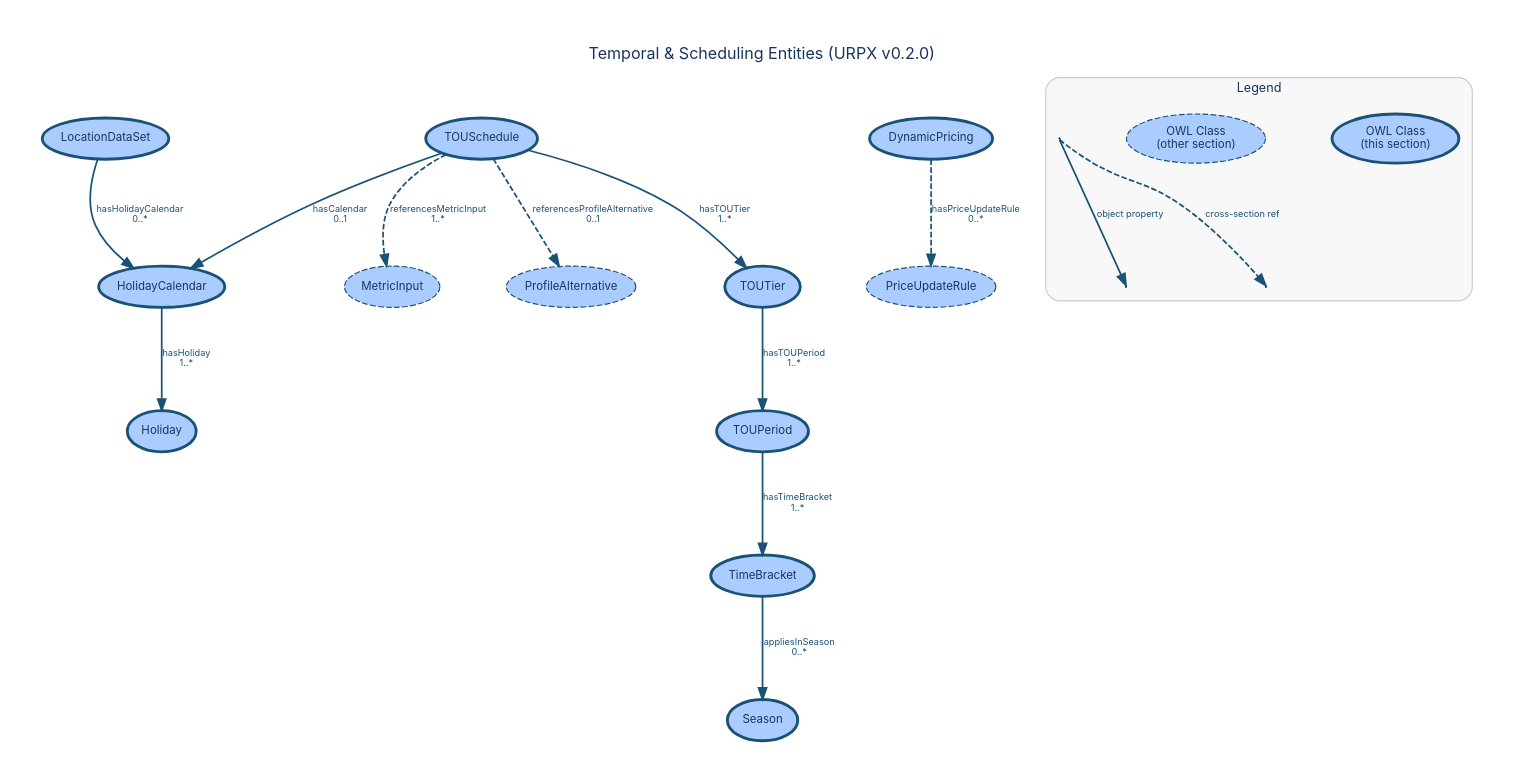
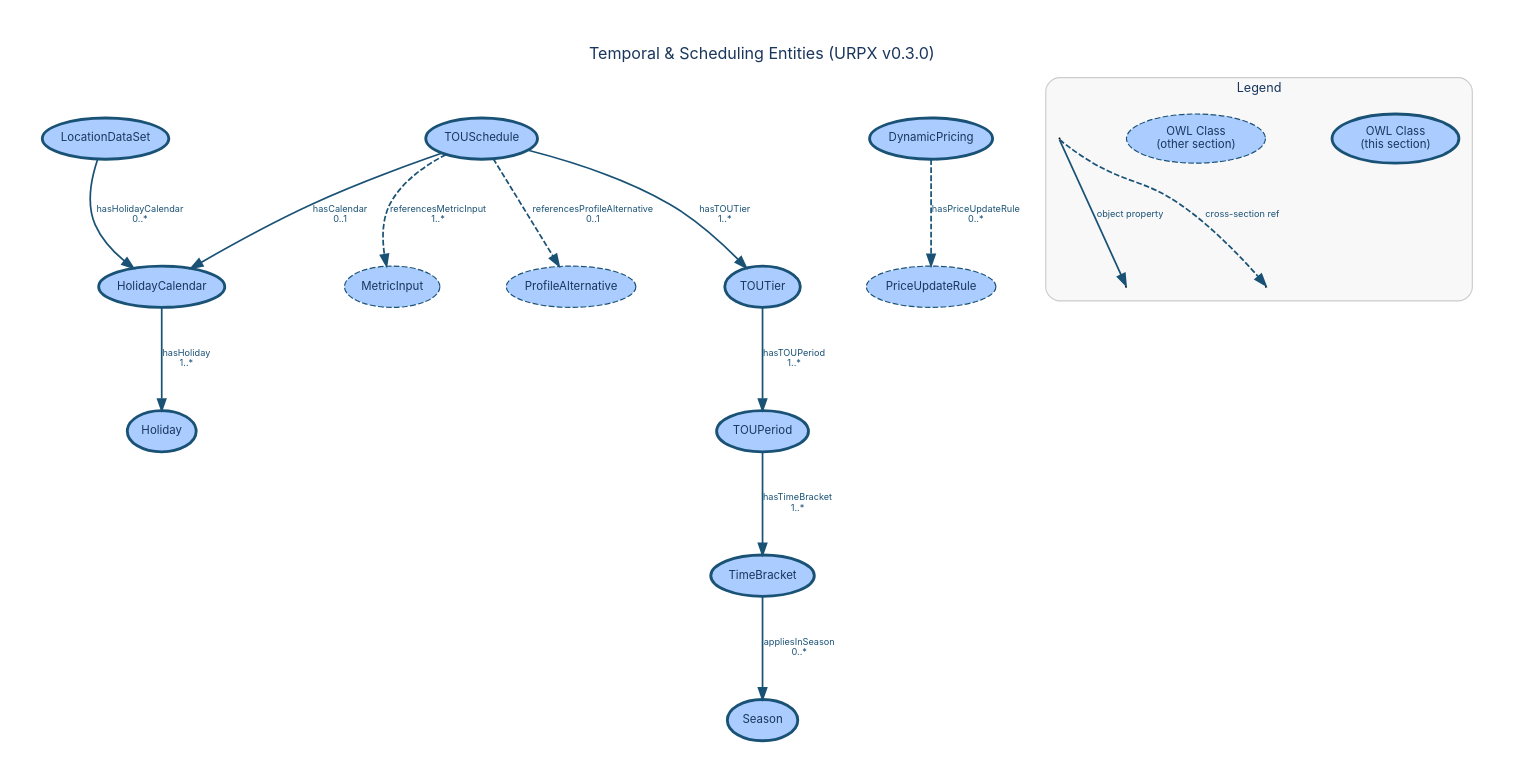
Before and after one commit to urpx-org/urpx: the diagram in documentation/diagrams/dictionary/temporal-scheduling-entities.dot, drawn with Graphviz. The commit also changed 52 other files, not shown here.

First line of the commit message:
Reword ambiguous bare "rate" in ontology annotations to "rate plan," "price," or "cost", Regenerate data dictionary and diagrams for v0.3.0; add v0.3.0 release notes draft

```diff
--- a/documentation/diagrams/dictionary/temporal-scheduling-entities.dot
+++ b/documentation/diagrams/dictionary/temporal-scheduling-entities.dot
@@ -1,118 +1,118 @@
 digraph "Temporal & Scheduling Entities" {
     rankdir=TB;
     bgcolor="white";
     pad=0.4;
     nodesep=0.8;
     ranksep=1.0;
     start=42;
     fontname="Inter, Helvetica, Arial, sans-serif";
-    label="Temporal & Scheduling Entities (URPX v0.2.0)";
+    label="Temporal & Scheduling Entities (URPX v0.3.0)";
     labelloc="t";
     fontsize=14;
     fontcolor="#1a365d";
     node [fontname="Inter, Helvetica, Arial, sans-serif", fontsize=10, style=filled, fontcolor="#1a365d"];
     edge [fontname="Inter, Helvetica, Arial, sans-serif", fontsize=8, fontcolor="#1a365d"];
 
     // Section classes
     Season [
         label="Season"
         shape=ellipse, fillcolor="#aaccff", color="#1a5276", penwidth=2.5
     ];
     TOUSchedule [
         label="TOUSchedule"
         shape=ellipse, fillcolor="#aaccff", color="#1a5276", penwidth=2.5
     ];
     TOUTier [
         label="TOUTier"
         shape=ellipse, fillcolor="#aaccff", color="#1a5276", penwidth=2.5
     ];
     TOUPeriod [
         label="TOUPeriod"
         shape=ellipse, fillcolor="#aaccff", color="#1a5276", penwidth=2.5
     ];
     TimeBracket [
         label="TimeBracket"
         shape=ellipse, fillcolor="#aaccff", color="#1a5276", penwidth=2.5
     ];
     HolidayCalendar [
         label="HolidayCalendar"
         shape=ellipse, fillcolor="#aaccff", color="#1a5276", penwidth=2.5
     ];
     Holiday [
         label="Holiday"
         shape=ellipse, fillcolor="#aaccff", color="#1a5276", penwidth=2.5
     ];
     LocationDataSet [
         label="LocationDataSet"
         shape=ellipse, fillcolor="#aaccff", color="#1a5276", penwidth=2.5
     ];
     DynamicPricing [
         label="DynamicPricing"
         shape=ellipse, fillcolor="#aaccff", color="#1a5276", penwidth=2.5
     ];
 
     // Cross-section references
     MetricInput [
         label="MetricInput"
         shape=ellipse, fillcolor="#aaccff", color="#1a5276", penwidth=1, style="filled,dashed"
     ];
     PriceUpdateRule [
         label="PriceUpdateRule"
         shape=ellipse, fillcolor="#aaccff", color="#1a5276", penwidth=1, style="filled,dashed"
     ];
     ProfileAlternative [
         label="ProfileAlternative"
         shape=ellipse, fillcolor="#aaccff", color="#1a5276", penwidth=1, style="filled,dashed"
     ];
 
     // Object property edges
     TOUSchedule -> HolidayCalendar [
         label="hasCalendar\n0..1", color="#1a5276", fontcolor="#1a5276", penwidth=1.5
     ];
     TOUSchedule -> TOUTier [
         label="hasTOUTier\n1..*", color="#1a5276", fontcolor="#1a5276", penwidth=1.5
     ];
     TOUSchedule -> MetricInput [
         label="referencesMetricInput\n1..*", style=dashed, color="#1a5276", fontcolor="#1a5276", penwidth=1.5
     ];
     TOUSchedule -> ProfileAlternative [
         label="referencesProfileAlternative\n0..1", style=dashed, color="#1a5276", fontcolor="#1a5276", penwidth=1.5
     ];
     TOUTier -> TOUPeriod [
         label="hasTOUPeriod\n1..*", color="#1a5276", fontcolor="#1a5276", penwidth=1.5
     ];
     TOUPeriod -> TimeBracket [
         label="hasTimeBracket\n1..*", color="#1a5276", fontcolor="#1a5276", penwidth=1.5
     ];
     TimeBracket -> Season [
         label="appliesInSeason\n0..*", color="#1a5276", fontcolor="#1a5276", penwidth=1.5
     ];
     HolidayCalendar -> Holiday [
         label="hasHoliday\n1..*", color="#1a5276", fontcolor="#1a5276", penwidth=1.5
     ];
     LocationDataSet -> HolidayCalendar [
         label="hasHolidayCalendar\n0..*", color="#1a5276", fontcolor="#1a5276", penwidth=1.5
     ];
     DynamicPricing -> PriceUpdateRule [
         label="hasPriceUpdateRule\n0..*", style=dashed, color="#1a5276", fontcolor="#1a5276", penwidth=1.5
     ];
 
     subgraph cluster_legend {
         label="Legend";
         fontname="Inter, Helvetica, Arial, sans-serif";
         fontsize=11;
         fontcolor="#1a365d";
         style=rounded;
         color="#cccccc";
         bgcolor="#f8f8f8";
         margin=12;
 
         leg_class [label="OWL Class\n(this section)", shape=ellipse, fillcolor="#aaccff", color="#1a5276", penwidth=2.5];
         leg_xref [label="OWL Class\n(other section)", shape=ellipse, fillcolor="#aaccff", color="#1a5276", penwidth=1, style="filled,dashed"];
         leg_src [label=" ", shape=point, width=0.01];
         leg_tgt1 [label=" ", shape=point, width=0.01];
         leg_src -> leg_tgt1 [label="object property", color="#1a5276", fontcolor="#1a5276", penwidth=1.5];
         leg_tgt2 [label=" ", shape=point, width=0.01];
         leg_src -> leg_tgt2 [label="cross-section ref", style=dashed, color="#1a5276", fontcolor="#1a5276", penwidth=1.5];
     }
 }
```
